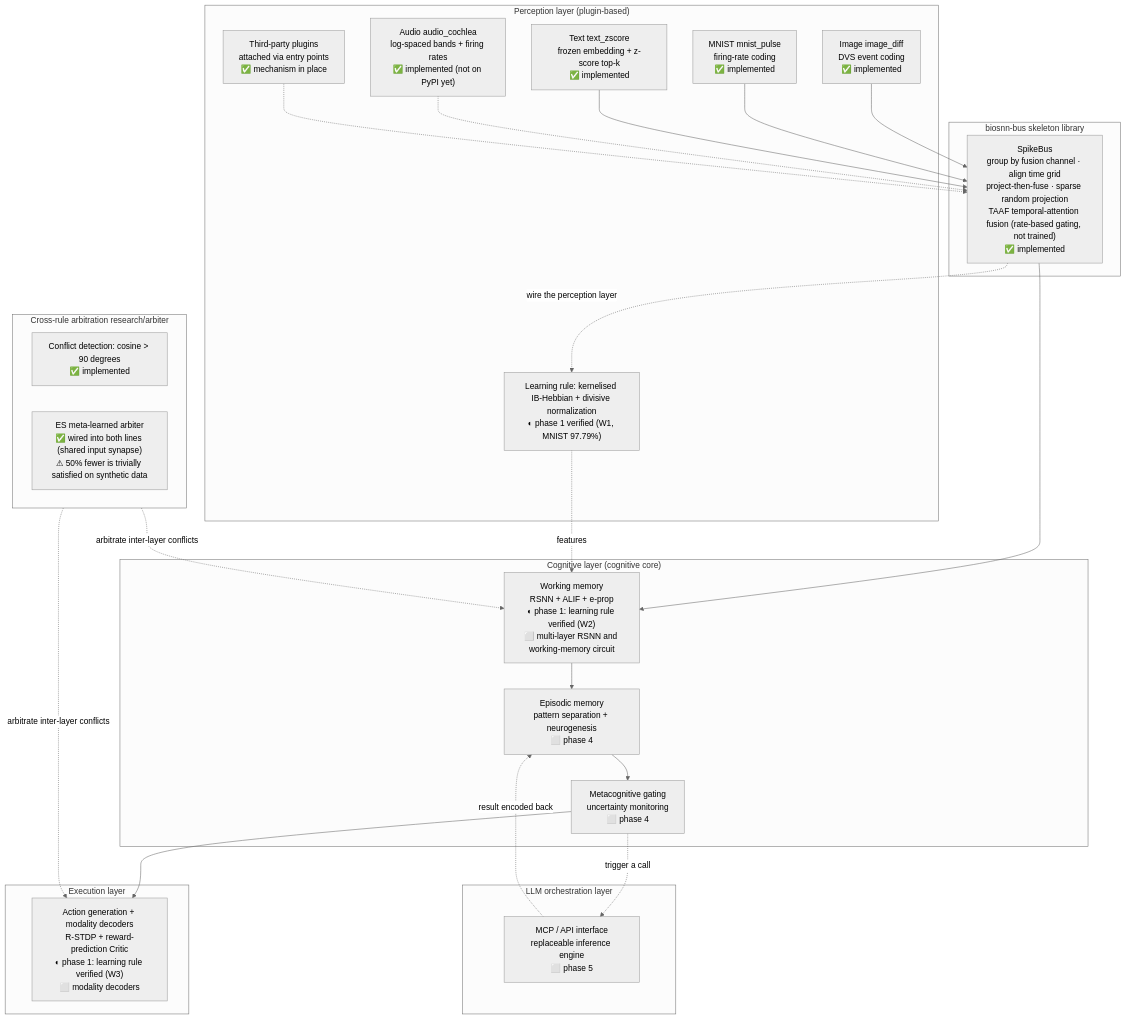
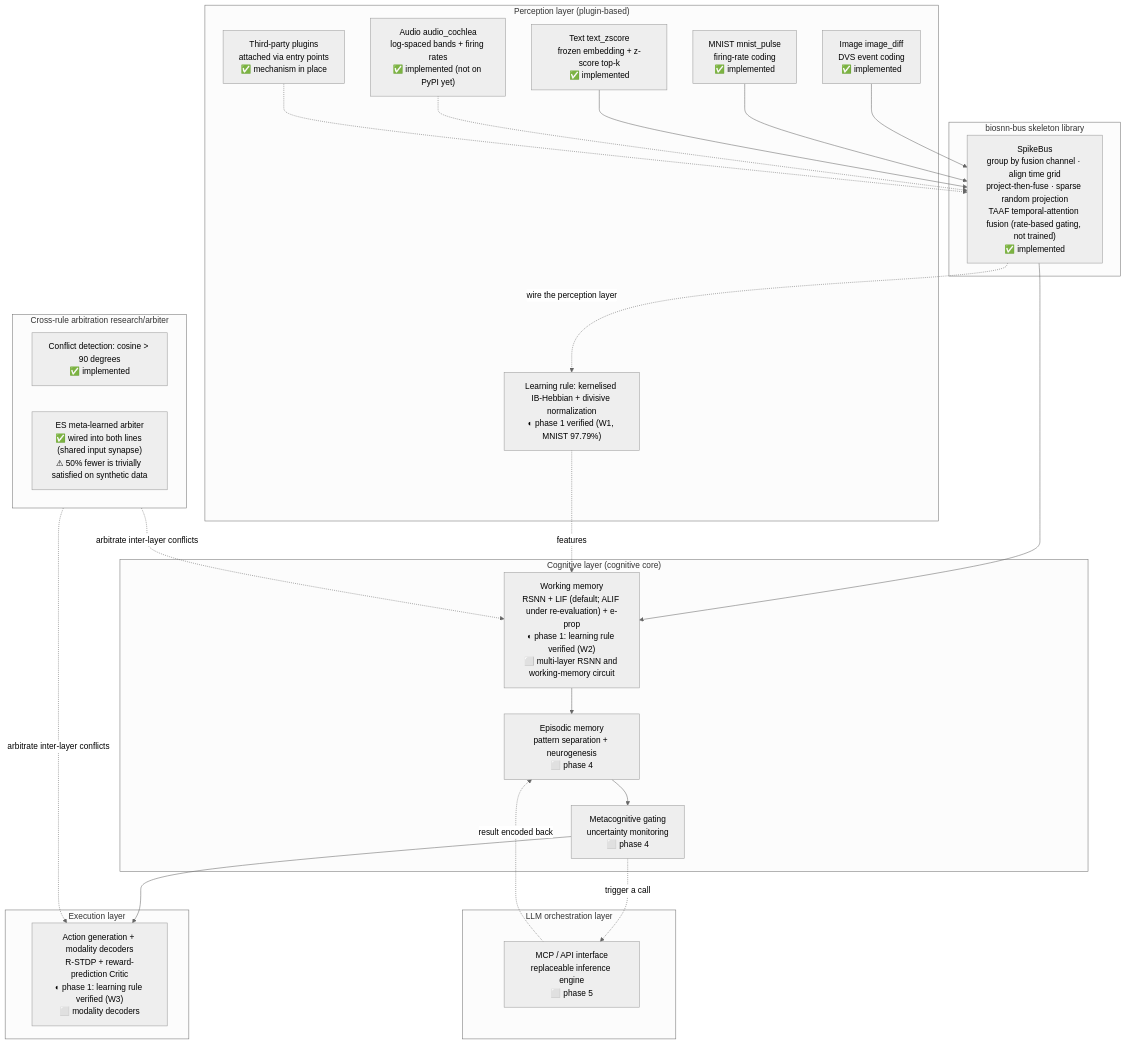
One commit to lzmd-arch/BioSNN-Plug changed the diagram in README.en.md. Above: the diagram before and after it, drawn with Mermaid (neutral theme). The commit also changed other lines of this file and 2 other files, not shown here.

First line of the commit message:
README：新增「发表与存档」板块、W2 补同预算 BPTT 对照、架构图 WM 节点改 LIF

````diff
--- a/README.en.md
+++ b/README.en.md
@@ -103,50 +116,50 @@
 ```mermaid
 flowchart TB
     subgraph L5["LLM orchestration layer"]
         MCP["MCP / API interface<br/>replaceable inference engine<br/>⬜ phase 5"]
     end
 
     subgraph L4["Execution layer"]
         ACT["Action generation + modality decoders<br/>R-STDP + reward-prediction Critic<br/>◐ phase 1: learning rule verified (W3)<br/>⬜ modality decoders"]
     end
 
     subgraph L3["Cognitive layer (cognitive core)"]
-        WM["Working memory<br/>RSNN + ALIF + e-prop<br/>◐ phase 1: learning rule verified (W2)<br/>⬜ multi-layer RSNN and working-memory circuit"]
+        WM["Working memory<br/>RSNN + LIF (default; ALIF under re-evaluation) + e-prop<br/>◐ phase 1: learning rule verified (W2)<br/>⬜ multi-layer RSNN and working-memory circuit"]
         EM["Episodic memory<br/>pattern separation + neurogenesis<br/>⬜ phase 4"]
         MG["Metacognitive gating<br/>uncertainty monitoring<br/>⬜ phase 4"]
     end
 
     subgraph ARB["Cross-rule arbitration research/arbiter"]
         CF["Conflict detection: cosine > 90 degrees<br/>✅ implemented"]
         ES["ES meta-learned arbiter<br/>✅ wired into both lines (shared input synapse)<br/>⚠ 50% fewer is trivially satisfied on synthetic data"]
     end
 
     subgraph L2["biosnn-bus skeleton library"]
         BUS["SpikeBus<br/>group by fusion channel · align time grid<br/>project-then-fuse · sparse random projection<br/>TAAF temporal-attention fusion (rate-based gating, not trained)<br/>✅ implemented"]
     end
 
     subgraph L1["Perception layer (plugin-based)"]
         IMG["Image image_diff<br/>DVS event coding<br/>✅ implemented"]
         MN["MNIST mnist_pulse<br/>firing-rate coding<br/>✅ implemented"]
         TXT["Text text_zscore<br/>frozen embedding + z-score top-k<br/>✅ implemented"]
         AUD["Audio audio_cochlea<br/>log-spaced bands + firing rates<br/>✅ implemented (not on PyPI yet)"]
         THIRD["Third-party plugins<br/>attached via entry points<br/>✅ mechanism in place"]
         HEB["Learning rule: kernelised IB-Hebbian + divisive normalization<br/>◐ phase 1 verified (W1, MNIST 97.79%)"]
     end
 
     IMG --> BUS
     MN --> BUS
     TXT --> BUS
     AUD -.-> BUS
     THIRD -.-> BUS
     BUS --> WM
     BUS -.->|wire the perception layer| HEB
     HEB -.->|features| WM
     WM --> EM
     EM --> MG
     MG --> ACT
     MG -.->|trigger a call| MCP
     MCP -.->|result encoded back| EM
     ARB -.->|arbitrate inter-layer conflicts| WM
     ARB -.->|arbitrate inter-layer conflicts| ACT
 ```
````
